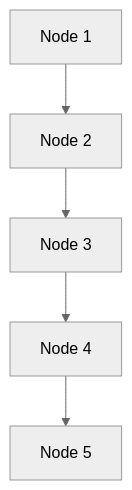
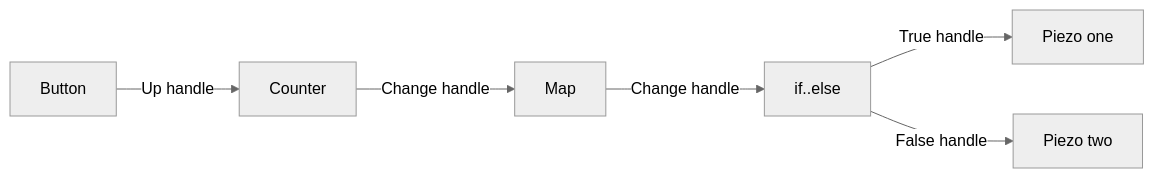
One commit to xiduzo/microflow changed the second of 2 diagrams in apps/nextjs-app/app/docs/microflow-studio/edges/page.md. Above: the diagram before and after it, drawn with Mermaid (neutral theme). The commit also changed other lines of this file and 80 other files, not shown here.

````diff
--- a/apps/nextjs-app/app/docs/microflow-studio/edges/page.md
+++ b/apps/nextjs-app/app/docs/microflow-studio/edges/page.md
@@ -24,7 +30,8 @@
 ```mermaid
-flowchart TB
-    A[Node 1] --> B[Node 2]
-    B --> C[Node 3]
-    C --> D[Node 4]
-    D --> E[Node 5]
+flowchart LR
+    A[Button] -- Up handle --> B[Counter]
+    B -- Change handle --> C[Map]
+    C -- Change handle --> D[if..else]
+    D -->|True handle| E[Piezo one]
+    D -->|False handle| F[Piezo two]
 ```
````
